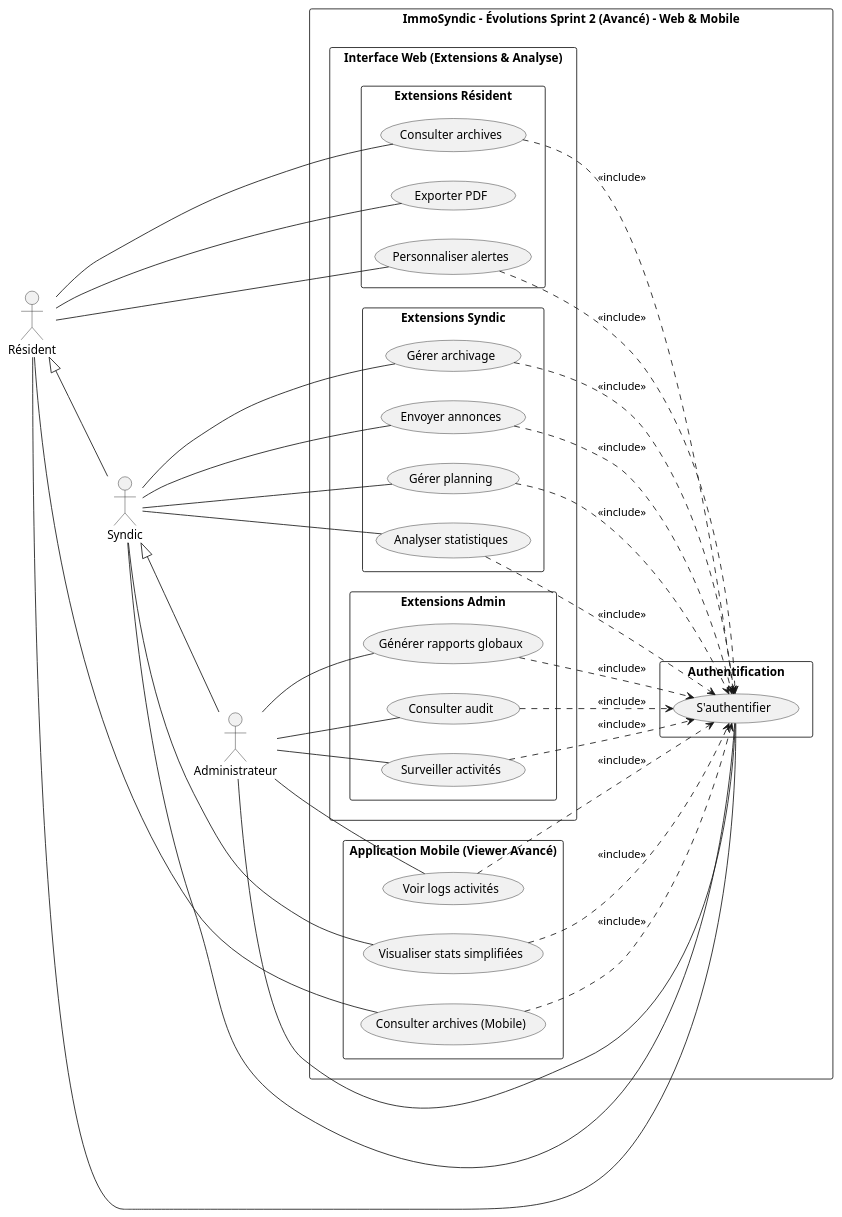
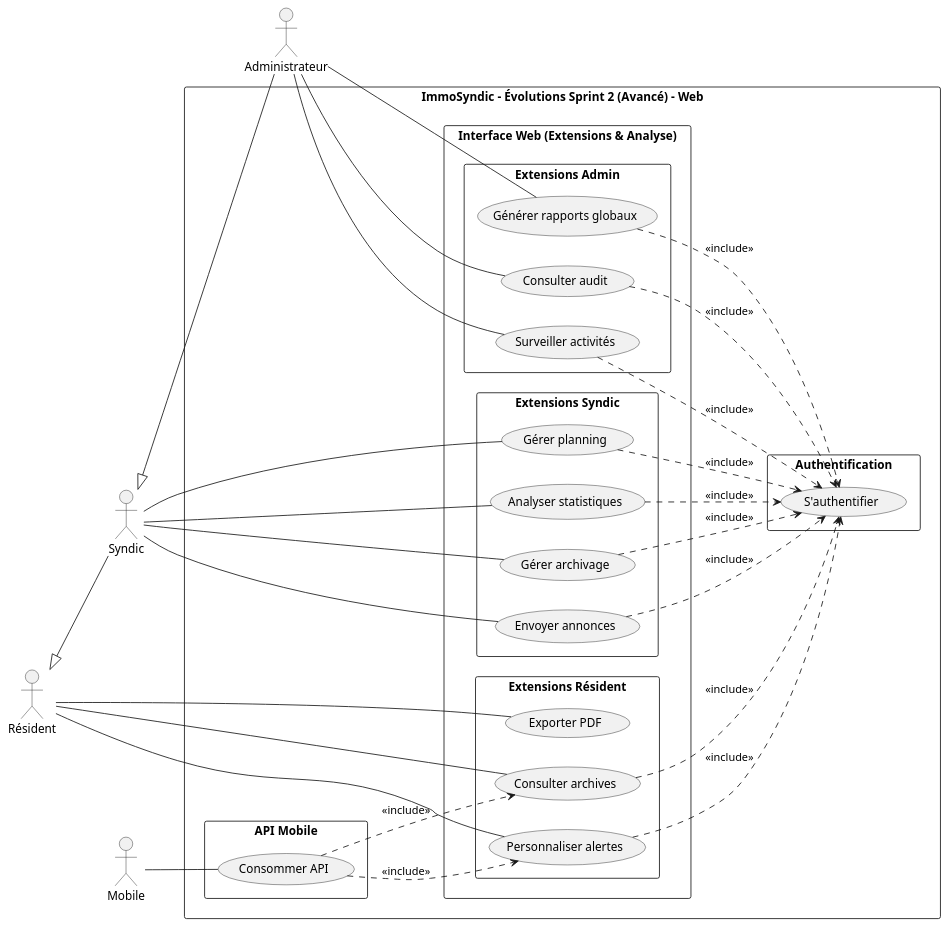
One commit to fadna-lakhouchen/Projet-finale changed the diagram in analyse/ideation/cas_utilisation/use_case_sprint2_avance.puml. Above: the diagram before and after it, drawn with PlantUML. The commit also changed 39 other files, not shown here.

```diff
--- a/analyse/ideation/cas_utilisation/use_case_sprint2_avance.puml
+++ b/analyse/ideation/cas_utilisation/use_case_sprint2_avance.puml
@@ -1,88 +1,80 @@
-@startuml ImmoSyndic_Sprint_2_Avance
+@startuml ImmoSyndic_Sprint2_Web
 left to right direction
 skinparam packageStyle rectangle
 skinparam shadowing false
 
-' Actors
 actor "Résident" as Resident
 actor "Syndic" as Syndic
 actor "Administrateur" as Admin
+actor "Mobile" as Mobile
 
 ' Hierarchy
 Resident <|-- Syndic
 Syndic <|-- Admin
 
-rectangle "ImmoSyndic - Évolutions Sprint 2 (Avancé) - Web & Mobile" {
+rectangle "ImmoSyndic - Évolutions Sprint 2 (Avancé) - Web" {
 
   package "Authentification" {
     usecase "S'authentifier" as Auth
   }
 
   package "Interface Web (Extensions & Analyse)" {
     
     package "Extensions Résident" {
       usecase "Consulter archives" as ViewArchives
       usecase "Exporter PDF" as ExportPDF
       usecase "Personnaliser alertes" as SetAlerts
 
       ViewArchives ..> Auth : <<include>>
       SetAlerts ..> Auth : <<include>>
     }
 
     package "Extensions Syndic" {
       usecase "Gérer planning" as ManagePlanning
       usecase "Analyser statistiques" as ViewStats
       usecase "Gérer archivage" as ArchiveDocs
       usecase "Envoyer annonces" as SendNews
 
       ManagePlanning ..> Auth : <<include>>
       ViewStats ..> Auth : <<include>>
       ArchiveDocs ..> Auth : <<include>>
       SendNews ..> Auth : <<include>>
     }
 
     package "Extensions Admin" {
       usecase "Générer rapports globaux" as GlobalReports
       usecase "Consulter audit" as AuditLogs
       usecase "Surveiller activités" as MonitorActivity
 
       GlobalReports ..> Auth : <<include>>
       AuditLogs ..> Auth : <<include>>
       MonitorActivity ..> Auth : <<include>>
     }
   }
 
-  package "Application Mobile (Viewer Avancé)" {
-    usecase "Consulter archives (Mobile)" as MobileViewArchives
-    usecase "Visualiser stats simplifiées" as MobileViewStats
-    usecase "Voir logs activités" as MobileViewLogs
-
-    MobileViewArchives ..> Auth : <<include>>
-    MobileViewStats ..> Auth : <<include>>
-    MobileViewLogs ..> Auth : <<include>>
+  package "API Mobile" {
+    usecase "Consommer API" as ConsumeAPI
+    
+    ConsumeAPI ..> ViewArchives : <<include>>
+    ConsumeAPI ..> SetAlerts : <<include>>
   }
 }
 
-' Connections Web
-Resident -- Auth
+' Connections
 Resident -- ViewArchives
 Resident -- ExportPDF
 Resident -- SetAlerts
 
-Syndic -- Auth
 Syndic -- ManagePlanning
 Syndic -- ViewStats
 Syndic -- ArchiveDocs
 Syndic -- SendNews
 
-Admin -- Auth
 Admin -- GlobalReports
 Admin -- AuditLogs
 Admin -- MonitorActivity
 
-' Connections Mobile (Consultation Only)
-Resident -- MobileViewArchives
-Syndic -- MobileViewStats
-Admin -- MobileViewLogs
+' Connections Mobile
+Mobile -- ConsumeAPI
 
 @enduml
```
